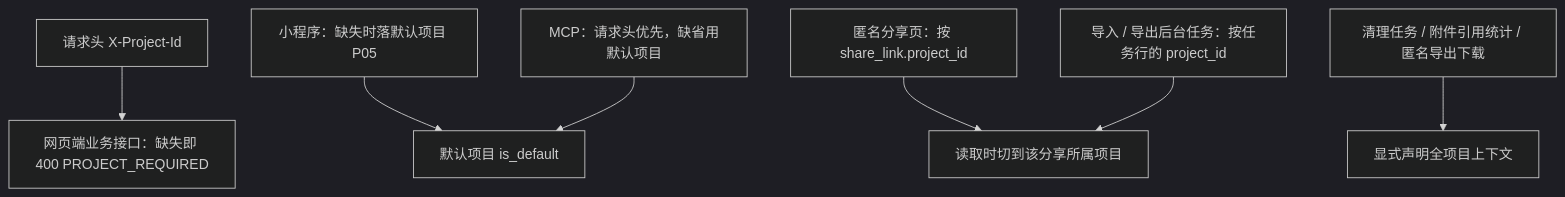
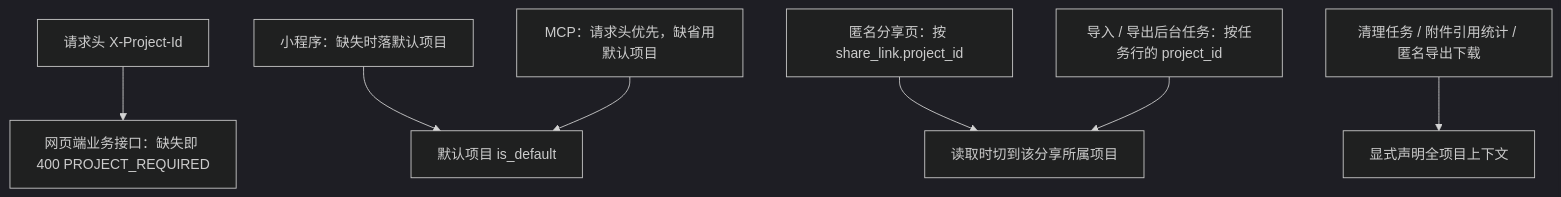
Before and after one commit to Sakana-1314/Electrical-Manager: the sixth of 20 diagrams in docs/websites/pages/dev-data-model.md, drawn with Mermaid (dark theme). The commit also changed other lines of this file and 30 other files, not shown here.

````diff
--- a/docs/websites/pages/dev-data-model.md
+++ b/docs/websites/pages/dev-data-model.md
@@ -180,9 +183,9 @@
 ```mermaid
 flowchart TD
     H["请求头 X-Project-Id"] --> W["网页端业务接口：缺失即 400 PROJECT_REQUIRED"]
-    M["小程序：缺失时落默认项目 P05"] --> D["默认项目 is_default"]
+    M["小程序：缺失时落默认项目"] --> D["默认项目 is_default"]
     MCP["MCP：请求头优先，缺省用默认项目"] --> D
     ANON["匿名分享页：按 share_link.project_id"] --> R["读取时切到该分享所属项目"]
     JOB["导入 / 导出后台任务：按任务行的 project_id"] --> R
     SYS["清理任务 / 附件引用统计 / 匿名导出下载"] --> ALL["显式声明全项目上下文"]
 ```
````
